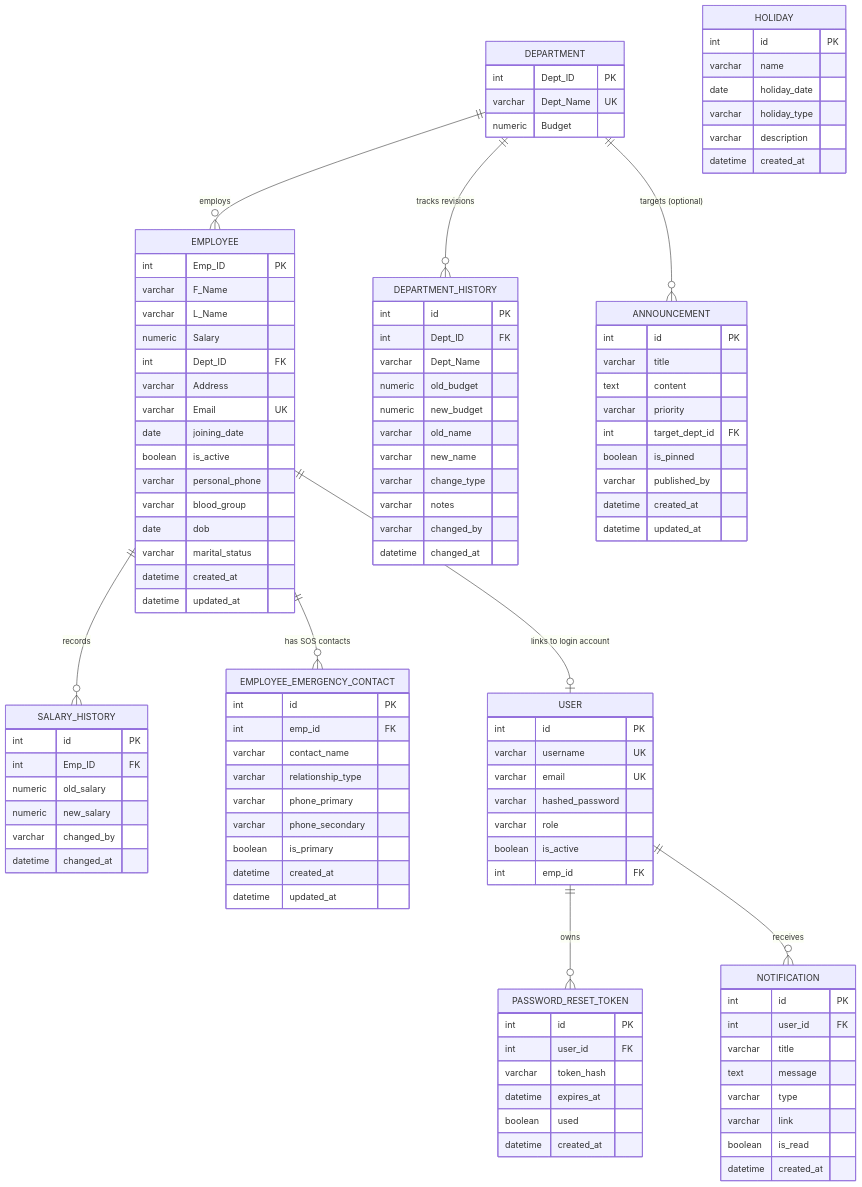
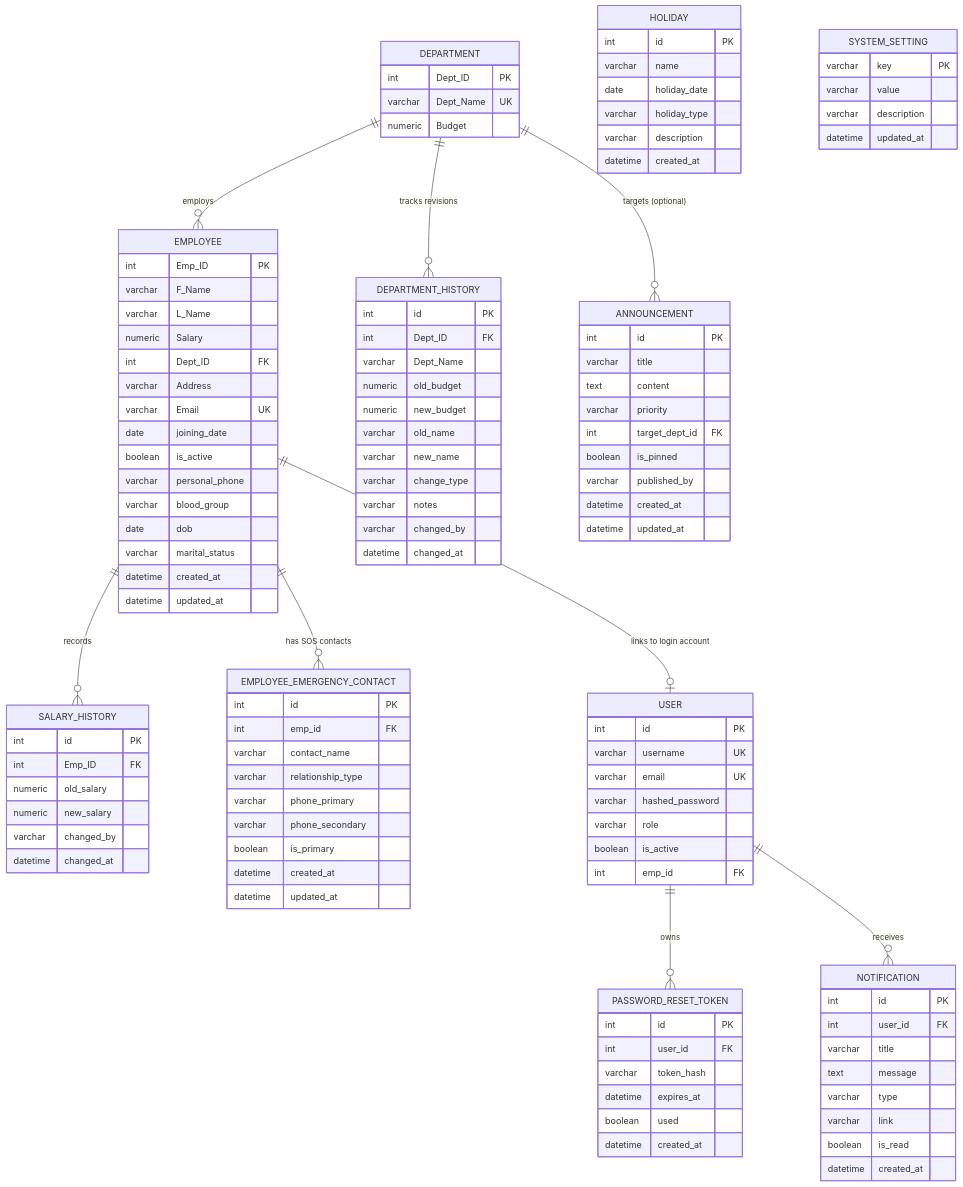
The diagram in docs/Database.md (ShadowV3N0M/Employee_API), drawn with Mermaid before and after one commit. The commit also changed other lines of this file and 9 other files, not shown here.

````diff
--- a/docs/Database.md
+++ b/docs/Database.md
@@ -129,4 +129,11 @@
         boolean is_read
         datetime created_at
     }
+
+    SYSTEM_SETTING {
+        varchar key PK
+        varchar value
+        varchar description
+        datetime updated_at
+    }
 ```
````
